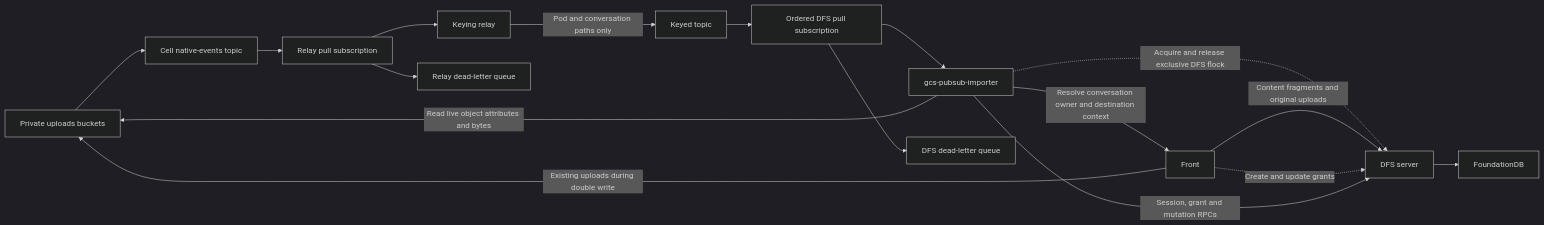
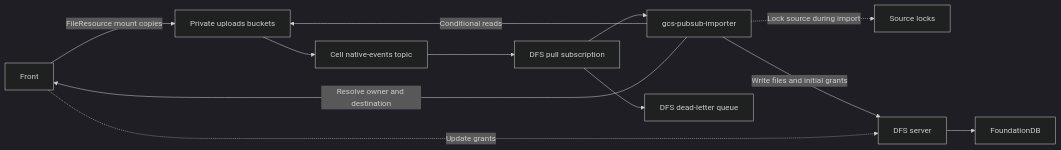
Before and after one commit to lumman-pro/dust: the diagram in dfs/design-docs/DOUBLE_WRITE.md, drawn with Mermaid (dark theme). The commit also changed other lines of this file, not shown here.

Commit message:
[dfs] Simplify GCS replication design

````diff
--- a/dfs/design-docs/DOUBLE_WRITE.md
+++ b/dfs/design-docs/DOUBLE_WRITE.md
@@ -9,19 +43,14 @@
 ```mermaid
 flowchart LR
-  G[Private uploads buckets] --> N[Cell native-events topic]
-  N --> S[Relay pull subscription]
-  S --> R[Keying relay]
-  R -->|Pod and conversation paths only| K[Keyed topic]
-  K --> D[Ordered DFS pull subscription]
+  Front -->|FileResource mount copies| G[Private uploads buckets]
+  G --> N[Cell native-events topic]
+  N --> D[DFS pull subscription]
   D --> W[gcs-pubsub-importer]
-  W -->|Read live object attributes and bytes| G
-  W -.->|Acquire and release exclusive DFS flock| DFS[DFS server]
-  Front -->|Existing uploads during double write| G
-  Front -->|Content fragments and original uploads| DFS
-  Front -.->|Create and update grants| DFS
-  W -->|Resolve conversation owner and destination context| Front
-  W -->|Session, grant and mutation RPCs| DFS
+  W -->|Conditional reads| G
+  W -.->|Lock source during import| L[Source locks]
+  W -->|Resolve owner and destination| Front
+  W -->|Write files and initial grants| DFS[DFS server]
+  Front -.->|Update grants| DFS
   DFS --> FDB[FoundationDB]
-  S --> Q1[Relay dead-letter queue]
-  D --> Q2[DFS dead-letter queue]
+  D --> Q[DFS dead-letter queue]
 ```
````
